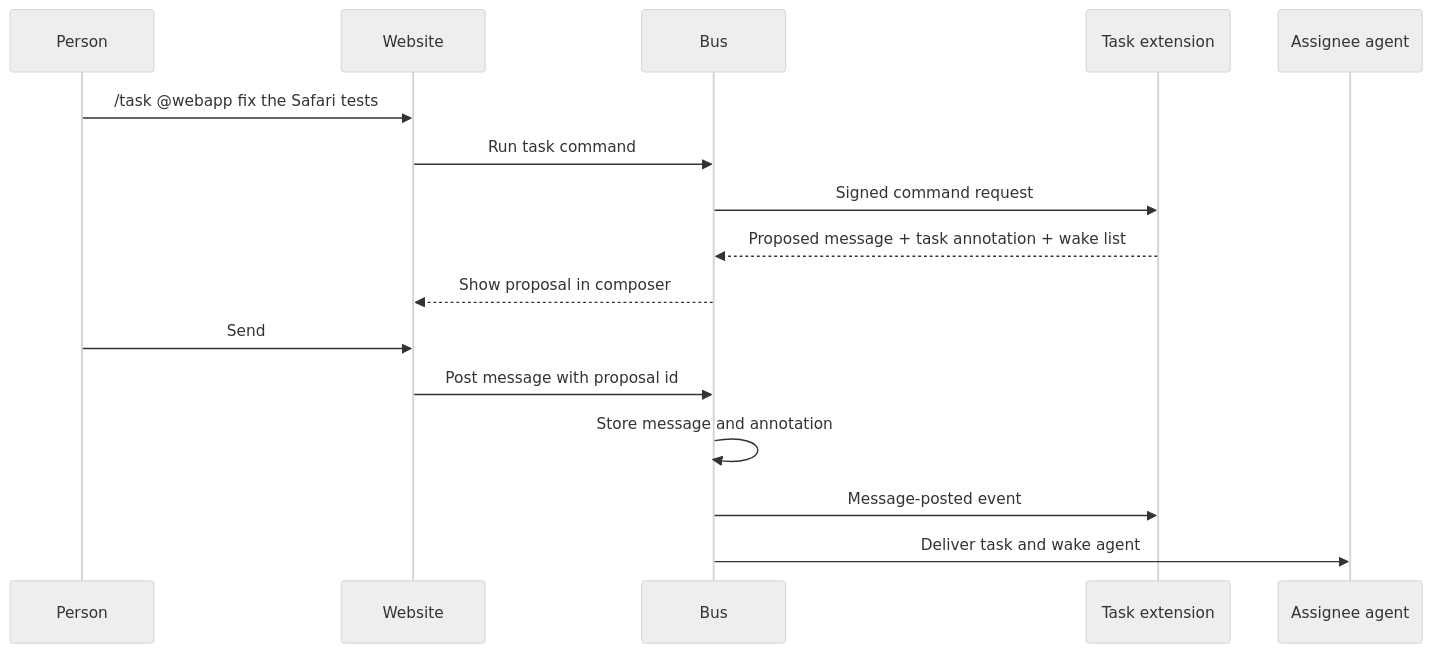
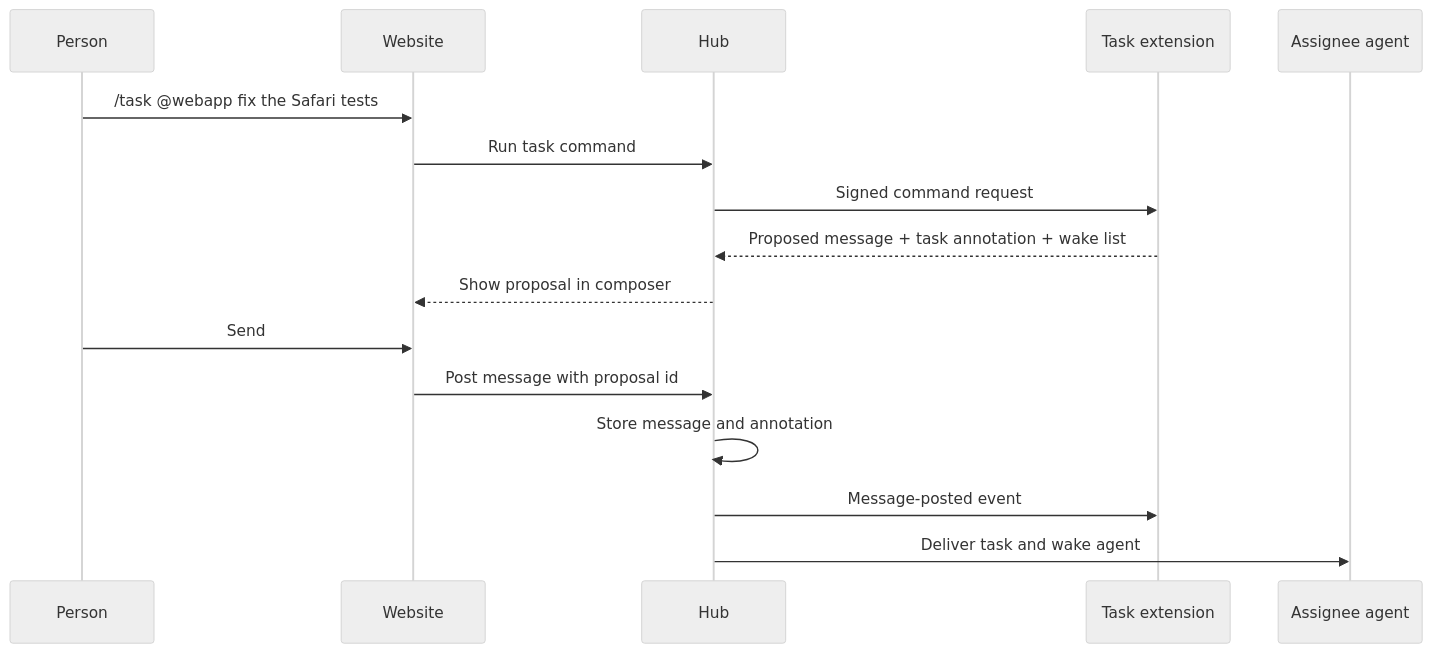
The diagram in docs/task-command.md (zekiworks/agent-hub), drawn with Mermaid (neutral theme) before and after one commit. The commit also changed other lines of this file and 61 other files, not shown here.

````diff
--- a/docs/task-command.md
+++ b/docs/task-command.md
@@ -54,19 +54,19 @@
 ```mermaid
 sequenceDiagram
   participant P as Person
   participant W as Website
-  participant B as Bus
+  participant B as Hub
   participant T as Task extension
   participant A as Assignee agent
 
   P->>W: /task @webapp fix the Safari tests
   W->>B: Run task command
   B->>T: Signed command request
   T-->>B: Proposed message + task annotation + wake list
   B-->>W: Show proposal in composer
   P->>W: Send
   W->>B: Post message with proposal id
   B->>B: Store message and annotation
   B->>T: Message-posted event
   B->>A: Deliver task and wake agent
 ```
````
